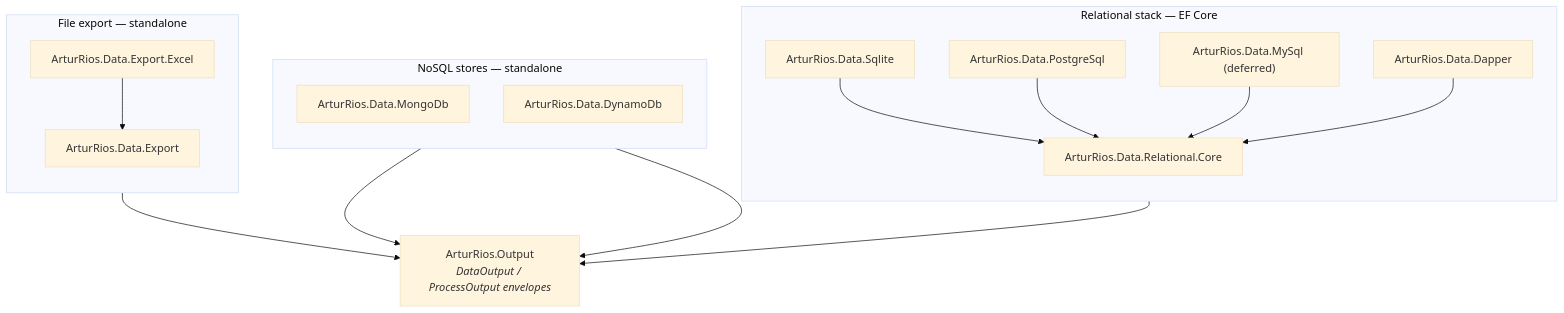
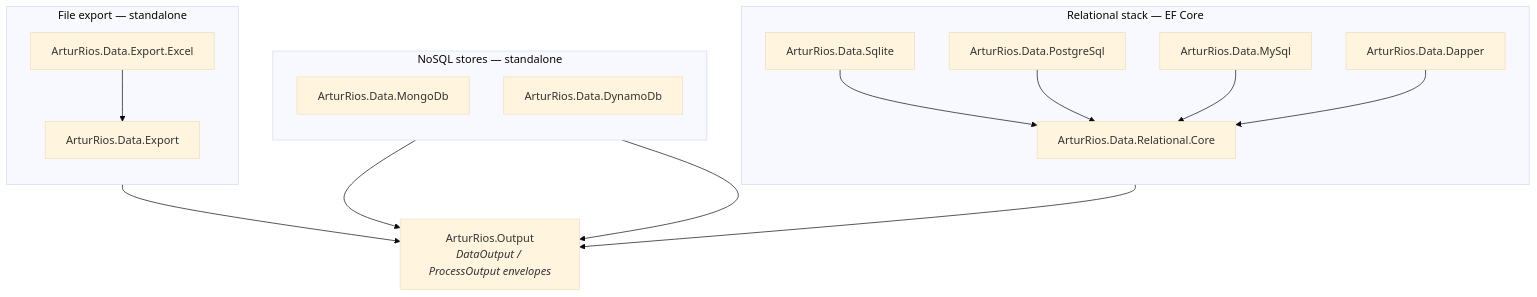
The first of 2 diagrams in docs/content/en/docs/_index.md (artur-rios/dotnet-data), drawn with Mermaid (base theme) before and after one commit. The commit also changed other lines of this file and 15 other files, not shown here.

````diff
--- a/docs/content/en/docs/_index.md
+++ b/docs/content/en/docs/_index.md
@@ -24,35 +24,35 @@
 ```mermaid
 flowchart TB
     Output["ArturRios.Output<br/><i>DataOutput / ProcessOutput envelopes</i>"]
 
     subgraph Relational["Relational stack — EF Core"]
         direction TB
         Core["ArturRios.Data.Relational.Core"]
         Sqlite["ArturRios.Data.Sqlite"]
         Postgres["ArturRios.Data.PostgreSql"]
-        MySql["ArturRios.Data.MySql (deferred)"]
+        MySql["ArturRios.Data.MySql"]
         Dapper["ArturRios.Data.Dapper"]
     end
 
     subgraph NoSQL["NoSQL stores — standalone"]
         direction TB
         Mongo["ArturRios.Data.MongoDb"]
         Dynamo["ArturRios.Data.DynamoDb"]
     end
 
     subgraph Export["File export — standalone"]
         direction TB
         ExportCore["ArturRios.Data.Export"]
         ExportExcel["ArturRios.Data.Export.Excel"]
     end
 
     Sqlite --> Core
     Postgres --> Core
     MySql --> Core
     Dapper --> Core
     Core --> Output
     Mongo --> Output
     Dynamo --> Output
     ExportExcel --> ExportCore
     ExportCore --> Output
 ```
````
